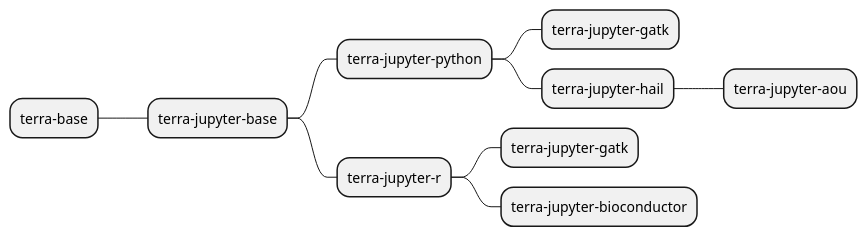
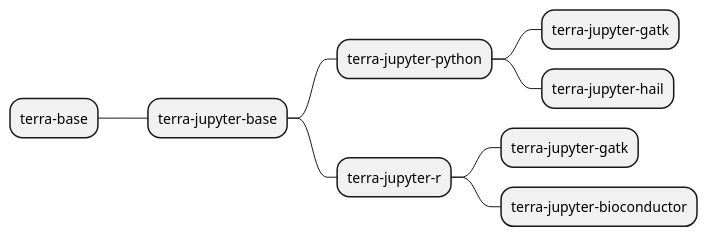
The diagram in mind.puml (DataBiosphere/terra-docker), drawn with PlantUML before and after one commit.

Commit message:
fix merge conflict

```diff
--- a/mind.puml
+++ b/mind.puml
@@ -1,11 +1,10 @@
 @startmindmap
 * terra-base
 ** terra-jupyter-base
 *** terra-jupyter-python
 **** terra-jupyter-gatk
 **** terra-jupyter-hail
-***** terra-jupyter-aou
 *** terra-jupyter-r
 **** terra-jupyter-gatk
 **** terra-jupyter-bioconductor
 @endmindmap
```
